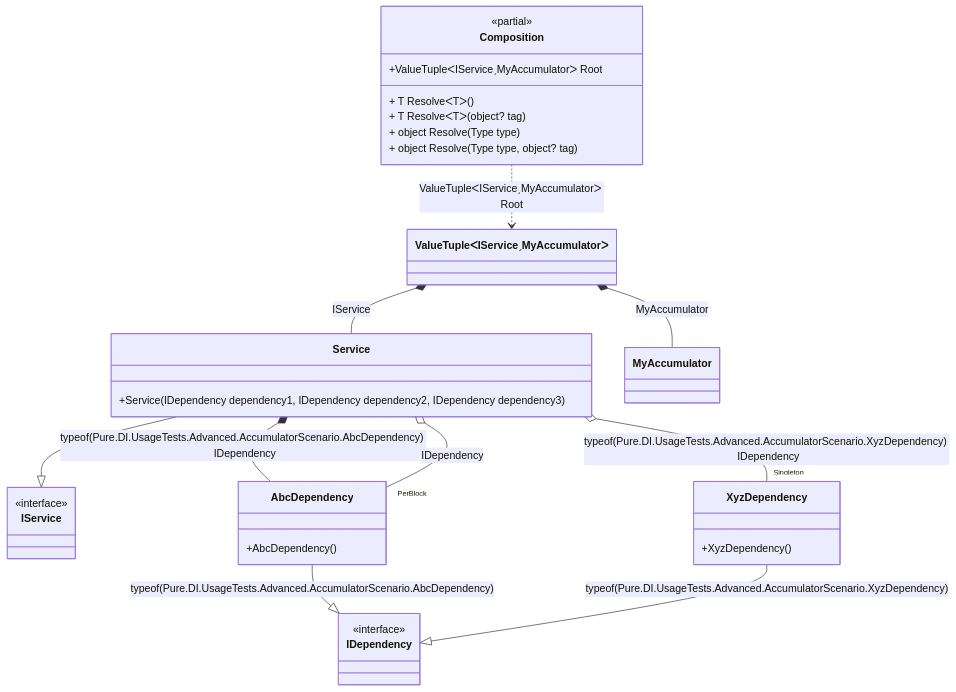
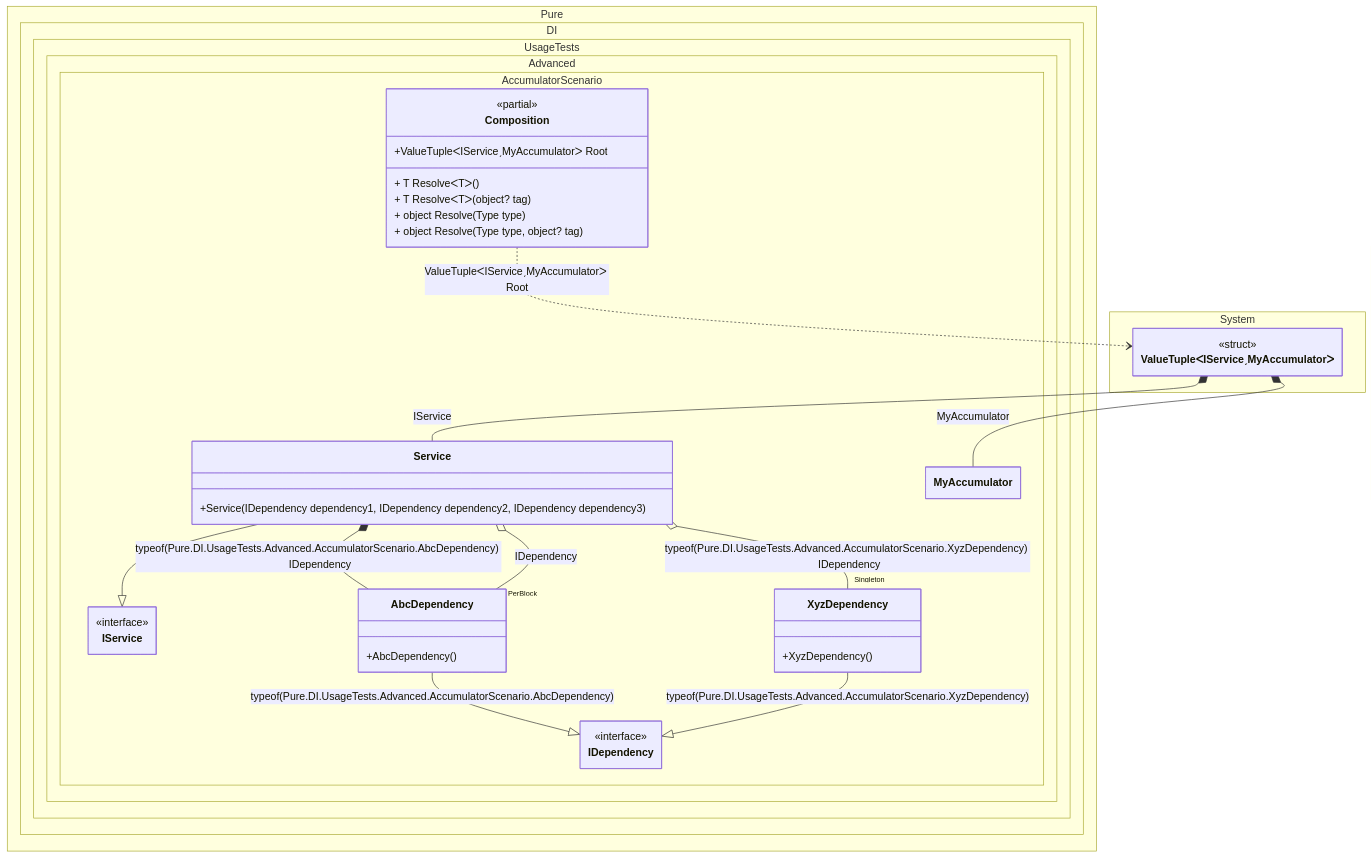
Before and after one commit to DevTeam/Pure.DI: the diagram in readme/accumulators.md, drawn with Mermaid. The commit also changed 103 other files, not shown here.

Commit message:
Improved class diagrams

````diff
--- a/readme/accumulators.md
+++ b/readme/accumulators.md
@@ -230,36 +230,49 @@
 ```mermaid
+---
+ config:
+  class:
+   hideEmptyMembersBox: true
+---
 classDiagram
-	class Composition {
+	Service --|> IService
+	AbcDependency --|> IDependency : typeof(Pure.DI.UsageTests.Advanced.AccumulatorScenario.AbcDependency) 
+	XyzDependency --|> IDependency : typeof(Pure.DI.UsageTests.Advanced.AccumulatorScenario.XyzDependency) 
+	Composition ..> ValueTupleᐸIServiceˏMyAccumulatorᐳ : ValueTupleᐸIServiceˏMyAccumulatorᐳ Root
+	ValueTupleᐸIServiceˏMyAccumulatorᐳ *--  Service : IService
+	ValueTupleᐸIServiceˏMyAccumulatorᐳ *--  MyAccumulator : MyAccumulator
+	Service *--  AbcDependency : typeof(Pure.DI.UsageTests.Advanced.AccumulatorScenario.AbcDependency)  IDependency
+	Service o-- "Singleton" XyzDependency : typeof(Pure.DI.UsageTests.Advanced.AccumulatorScenario.XyzDependency)  IDependency
+	Service o-- "PerBlock" AbcDependency : IDependency
+	namespace Pure.DI.UsageTests.Advanced.AccumulatorScenario {
+		class AbcDependency {
+			+AbcDependency()
+		}
+		class Composition {
 		<<partial>>
 		+ValueTupleᐸIServiceˏMyAccumulatorᐳ Root
 		+ T ResolveᐸTᐳ()
 		+ T ResolveᐸTᐳ(object? tag)
 		+ object Resolve(Type type)
 		+ object Resolve(Type type, object? tag)
+		}
+		class IDependency {
+			<<interface>>
+		}
+		class IService {
+			<<interface>>
+		}
+		class MyAccumulator {
+		}
+		class Service {
+			+Service(IDependency dependency1, IDependency dependency2, IDependency dependency3)
+		}
+		class XyzDependency {
+			+XyzDependency()
+		}
 	}
-	Service --|> IService
-	class Service {
-		+Service(IDependency dependency1, IDependency dependency2, IDependency dependency3)
+	namespace System {
+		class ValueTupleᐸIServiceˏMyAccumulatorᐳ {
+			<<struct>>
+		}
 	}
-	class MyAccumulator
-	AbcDependency --|> IDependency : typeof(Pure.DI.UsageTests.Advanced.AccumulatorScenario.AbcDependency) 
-	class AbcDependency {
-		+AbcDependency()
-	}
-	XyzDependency --|> IDependency : typeof(Pure.DI.UsageTests.Advanced.AccumulatorScenario.XyzDependency) 
-	class XyzDependency {
-		+XyzDependency()
-	}
-	class IService {
-		<<interface>>
-	}
-	class IDependency {
-		<<interface>>
-	}
-	Composition ..> ValueTupleᐸIServiceˏMyAccumulatorᐳ : ValueTupleᐸIServiceˏMyAccumulatorᐳ Root
-	ValueTupleᐸIServiceˏMyAccumulatorᐳ *--  Service : IService
-	ValueTupleᐸIServiceˏMyAccumulatorᐳ *--  MyAccumulator : MyAccumulator
-	Service *--  AbcDependency : typeof(Pure.DI.UsageTests.Advanced.AccumulatorScenario.AbcDependency)  IDependency
-	Service o-- "Singleton" XyzDependency : typeof(Pure.DI.UsageTests.Advanced.AccumulatorScenario.XyzDependency)  IDependency
-	Service o-- "PerBlock" AbcDependency : IDependency
 ```
````
